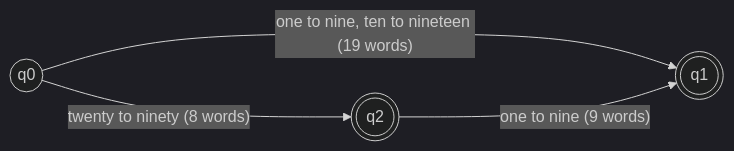
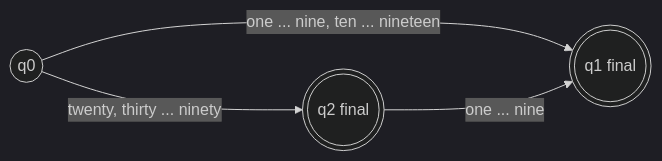
Before and after one commit to TrendySloth1001/sem-seven-notes: the sixth of 6 diagrams in content/natural-language-processing/notes/morphology-fst.mdx, drawn with Mermaid (dark theme). The commit also changed other lines of this file and 406 other files, not shown here.

````diff
--- a/content/natural-language-processing/notes/morphology-fst.mdx
+++ b/content/natural-language-processing/notes/morphology-fst.mdx
@@ -303,7 +261,7 @@
 ```mermaid
-%% caption: An FSA for the English number words 1 to 99. q1 is reached after a complete number ending in a unit or teen word. q2 is reached after a tens word, and both q1 and q2 are final. A tens word may be followed by a unit, as in forty two, but not by a teen.
+%% caption: An FSA for the number words 1 to 99. Units and teens are one word; a tens word (twenty to ninety) may be followed by a unit.
 flowchart LR
-  S(("q0")) -->|"one to nine, ten to nineteen (19 words)"| Q1((("q1")))
-  S -->|"twenty to ninety (8 words)"| Q2((("q2")))
-  Q2 -->|"one to nine (9 words)"| Q1
+  S(("q0")) -- "one ... nine, ten ... nineteen" --> U((("q1 final")))
+  S -- "twenty, thirty ... ninety" --> T((("q2 final")))
+  T -- "one ... nine" --> U
 ```
````
